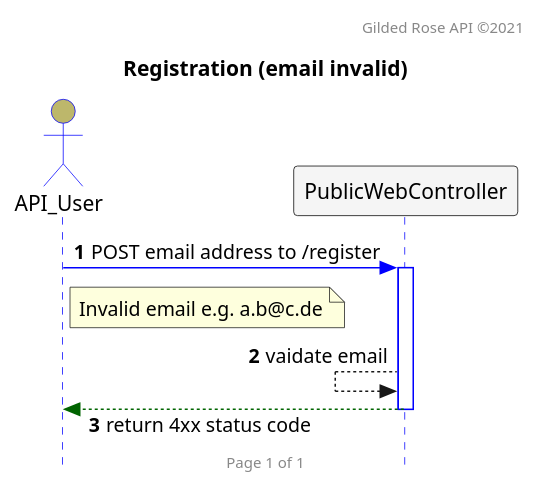
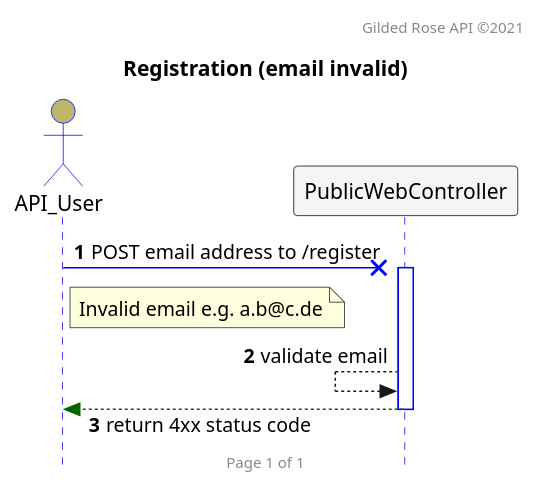
The diagram in src/main/resources/seq.register.email.invalid.puml (bladewheels/GildedRoseAPI), drawn with PlantUML before and after one commit.

```diff
--- a/src/main/resources/seq.register.email.invalid.puml
+++ b/src/main/resources/seq.register.email.invalid.puml
@@ -1,34 +1,34 @@
 @startuml
 
 autonumber
 header Gilded Rose API ©2021
 footer Page 1 of 1
 hide footbox
 
 skinparam responseMessageBelowArrow true
 skinparam sequence {
   ActorBackgroundColor DarkKhaki
   ActorBorderColor Blue
   DatabaseBackgroundColor Gray
   DatabaseBorderColor Black
   LifeLineBorderColor Blue
   ParticipantBackgroundColor WhiteSmoke
   ParticipantBorderColor Black
 }
 skinparam style strictuml
 
 title Registration (email invalid)
 
 actor API_User
 participant PublicWebController
 
-API_User -[#0000FF]> PublicWebController : POST email address to /register
+API_User -[#0000FF]>x PublicWebController : POST email address to /register
 note right of API_User
  Invalid email e.g. a.b@c.de
 end note
 activate PublicWebController
-PublicWebController <-- PublicWebController : vaidate email
+PublicWebController <-- PublicWebController : validate email
 API_User <[#DarkGreen]-- PublicWebController : return 4xx status code
 deactivate PublicWebController
 
 @enduml
```
